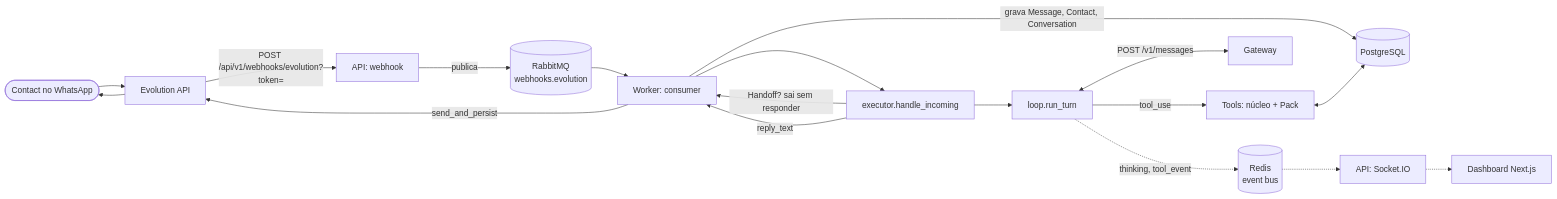
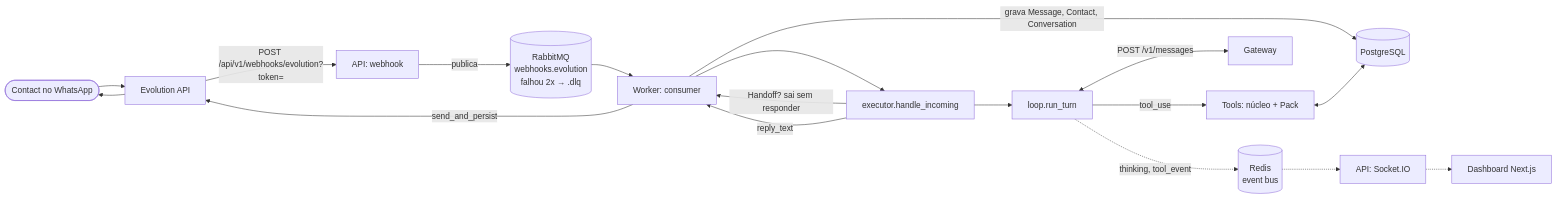
Before and after one commit to levygit837-cyber/Neuralilux: the diagram in docs/architecture.md, drawn with Mermaid. The commit also changed 25 other files, not shown here.

````diff
--- a/docs/architecture.md
+++ b/docs/architecture.md
@@ -16,20 +16,20 @@
 ```mermaid
 flowchart LR
     C([Contact no WhatsApp]) --> EV[Evolution API]
     EV -->|"POST /api/v1/webhooks/evolution?token="| WH[API: webhook]
-    WH -->|"publica"| Q[(RabbitMQ<br/>webhooks.evolution)]
+    WH -->|"publica"| Q[(RabbitMQ<br/>webhooks.evolution<br/>falhou 2x → .dlq)]
     Q --> CO[Worker: consumer]
     CO -->|"grava Message, Contact, Conversation"| DB[(PostgreSQL)]
     CO --> EX[executor.handle_incoming]
     EX -->|"Handoff? sai sem responder"| CO
     EX --> LP[loop.run_turn]
     LP <-->|"POST /v1/messages"| GW[Gateway]
     LP -->|"tool_use"| TL[Tools: núcleo + Pack]
     TL <--> DB
     EX -->|"reply_text"| CO
     CO -->|"send_and_persist"| EV
     EV --> C
     LP -.->|"thinking, tool_event"| R[(Redis<br/>event bus)]
     R -.-> SIO[API: Socket.IO]
     SIO -.-> FE[Dashboard Next.js]
 ```
````
